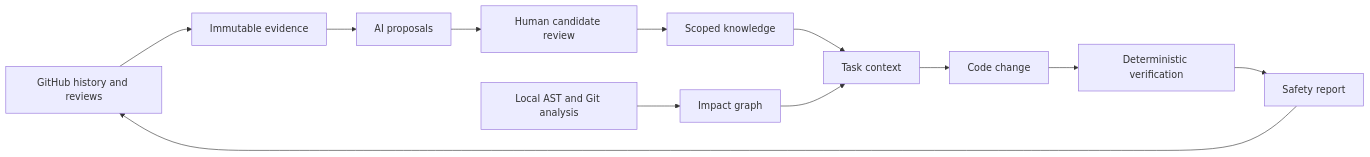
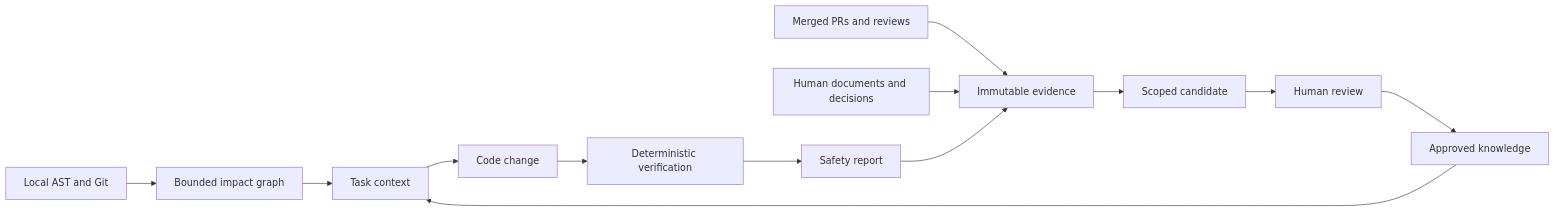
One commit to lcherone/Lore changed the first of 3 diagrams in README.md. Above: the diagram before and after it, drawn with Mermaid. The commit also changed other lines of this file and 44 other files, not shown here.

````diff
--- a/README.md
+++ b/README.md
@@ -30,14 +139,15 @@
 ```mermaid
 flowchart LR
-  GH[GitHub history and reviews] --> EV[Immutable evidence]
-  EV --> CP[AI proposals]
-  CP --> HV[Human candidate review]
-  HV --> KB[Scoped knowledge]
-  SRC[Local AST and Git analysis] --> GRAPH[Impact graph]
-  KB --> CTX[Task context]
-  GRAPH --> CTX
+  SRC[Local AST and Git] --> GRAPH[Bounded impact graph]
+  GH[Merged PRs and reviews] --> EV[Immutable evidence]
+  DOC[Human documents and decisions] --> EV
+  EV --> CAND[Scoped candidate]
+  CAND --> REVIEW[Human review]
+  REVIEW --> KNOW[Approved knowledge]
+  GRAPH --> CTX[Task context]
+  KNOW --> CTX
   CTX --> CHANGE[Code change]
   CHANGE --> VERIFY[Deterministic verification]
   VERIFY --> REPORT[Safety report]
-  REPORT --> GH
+  REPORT --> EV
 ```
````
